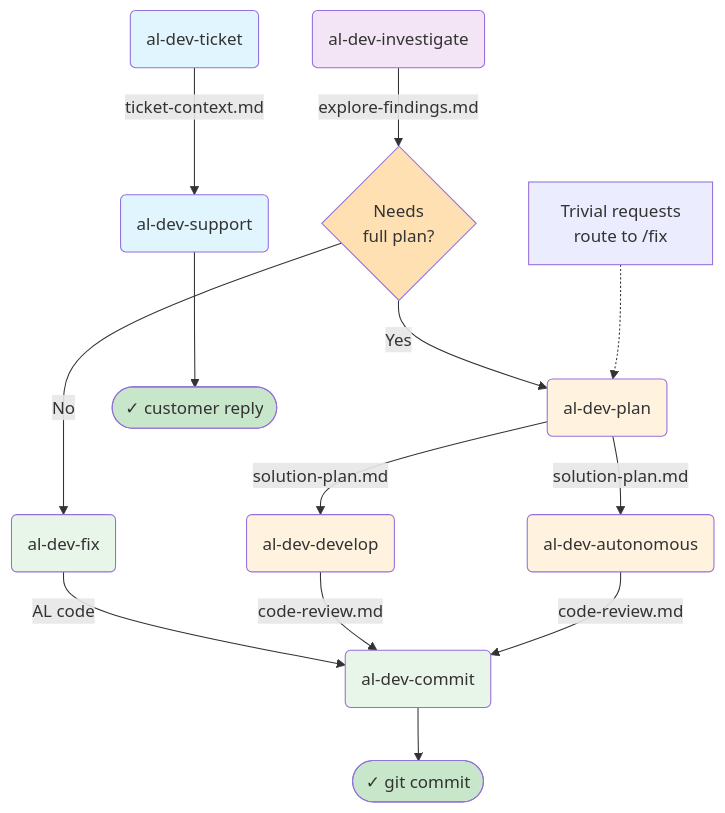
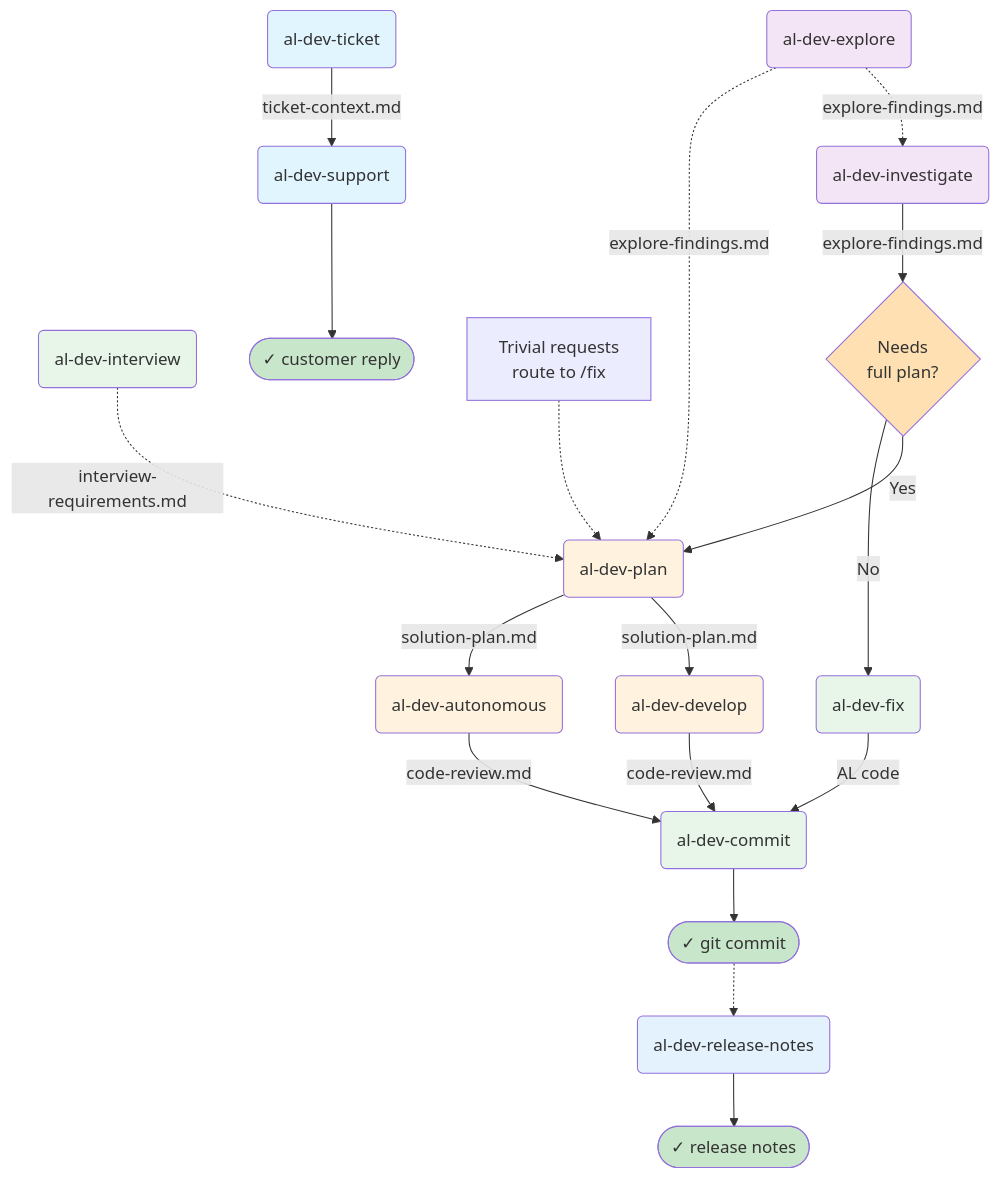
One commit to russell-laing/al-dev-shared changed the first of 19 diagrams in docs/al-dev-plugin-map.md. Above: the diagram before and after it, drawn with Mermaid.

Commit message:
docs(plugin-map): add explore, interview, and release-notes to Layer 1 diagram
Adds three missing skills to the lifecycle overview: al-dev-explore and
al-dev-interview as dashed-line pre-planning tributaries, and
al-dev-release-notes as a post-commit output. Main spine is unchanged.

````diff
--- a/docs/al-dev-plugin-map.md
+++ b/docs/al-dev-plugin-map.md
@@ -14,37 +14,48 @@
 ```mermaid
 flowchart TD
+    %% Pre-planning tributaries (optional)
+    Explore("al-dev-explore") -.->|explore-findings.md| Investigate
+    Explore -.->|explore-findings.md| Plan
+    Interview("al-dev-interview") -.->|interview-requirements.md| Plan
+
     %% Entry points
     Ticket("al-dev-ticket") -->|ticket-context.md| Support("al-dev-support")
     Investigate("al-dev-investigate")
     FixDirect("al-dev-fix") -->|AL code| Commit("al-dev-commit")
-    
+
     %% Investigation path branches
     Investigate -->|explore-findings.md| Decision1{Needs<br/>full plan?}
     Decision1 -->|Yes| Plan("al-dev-plan")
     Decision1 -->|No| FixDirect
-    
+
     %% Main development spine
     Plan -->|solution-plan.md| Develop("al-dev-develop")
     Plan -->|solution-plan.md| Autonomous("al-dev-autonomous")
     Develop -->|code-review.md| Commit
     Autonomous -->|code-review.md| Commit
-    
+
     %% Complexity gate within plan
     Note["Trivial requests<br/>route to /fix"] -.-> Plan
-    
+
     %% Outputs
     Commit --> Git(["✓ git commit"])
+    Git -.-> ReleaseNotes("al-dev-release-notes")
+    ReleaseNotes --> Notes(["✓ release notes"])
     Support --> Reply(["✓ customer reply"])
-    
+
     style Ticket fill:#e1f5ff
     style Support fill:#e1f5ff
     style Investigate fill:#f3e5f5
+    style Explore fill:#f3e5f5
+    style Interview fill:#e8f5e9
     style Plan fill:#fff3e0
     style Develop fill:#fff3e0
     style Autonomous fill:#fff3e0
     style FixDirect fill:#e8f5e9
     style Commit fill:#e8f5e9
     style Git fill:#c8e6c9
+    style Notes fill:#c8e6c9
     style Reply fill:#c8e6c9
+    style ReleaseNotes fill:#e3f2fd
     style Decision1 fill:#ffe0b2
 ```
````
